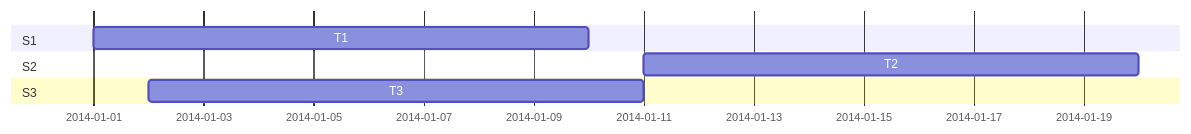
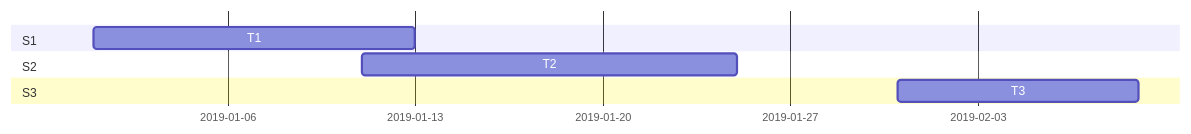
Before and after one commit to gcoulthard/notetaking: the third of 3 diagrams in sample-markdown.md, drawn with Mermaid. The commit also changed other lines of this file, not shown here.

````diff
--- a/sample-markdown.md
+++ b/sample-markdown.md
@@ -72,10 +111,10 @@
 ```mermaid
 gantt
 dateFormat YYYY-MM-DD
 section S1
-T1: 2014-01-01, 9d
+T1: 2019-01-01, 12d
 section S2
-T2: 2014-01-11, 9d
+T2: 2019-01-11, 14d
 section S3
-T3: 2014-01-02, 9d
+T3: 2019-01-31, 9d
 ```
````
